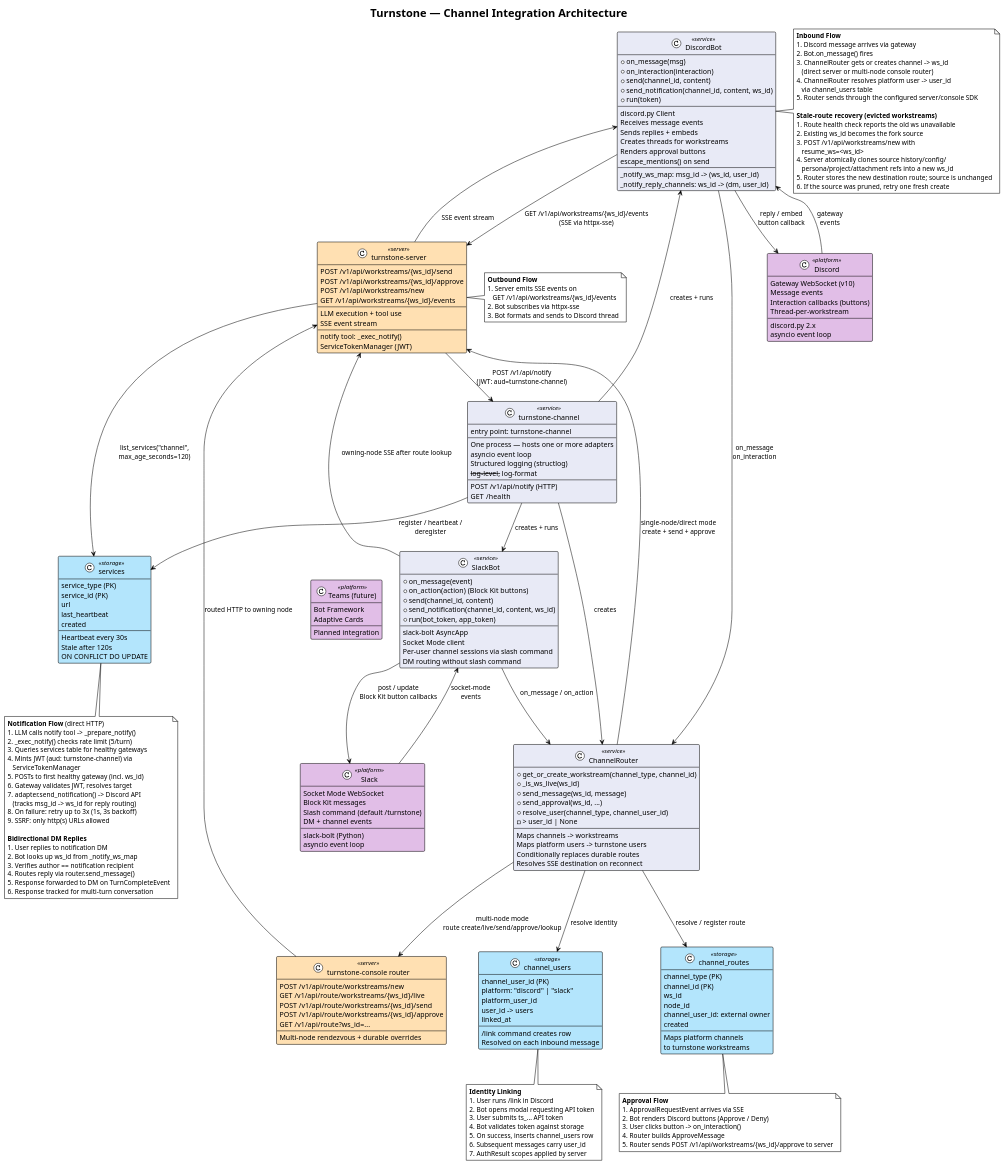
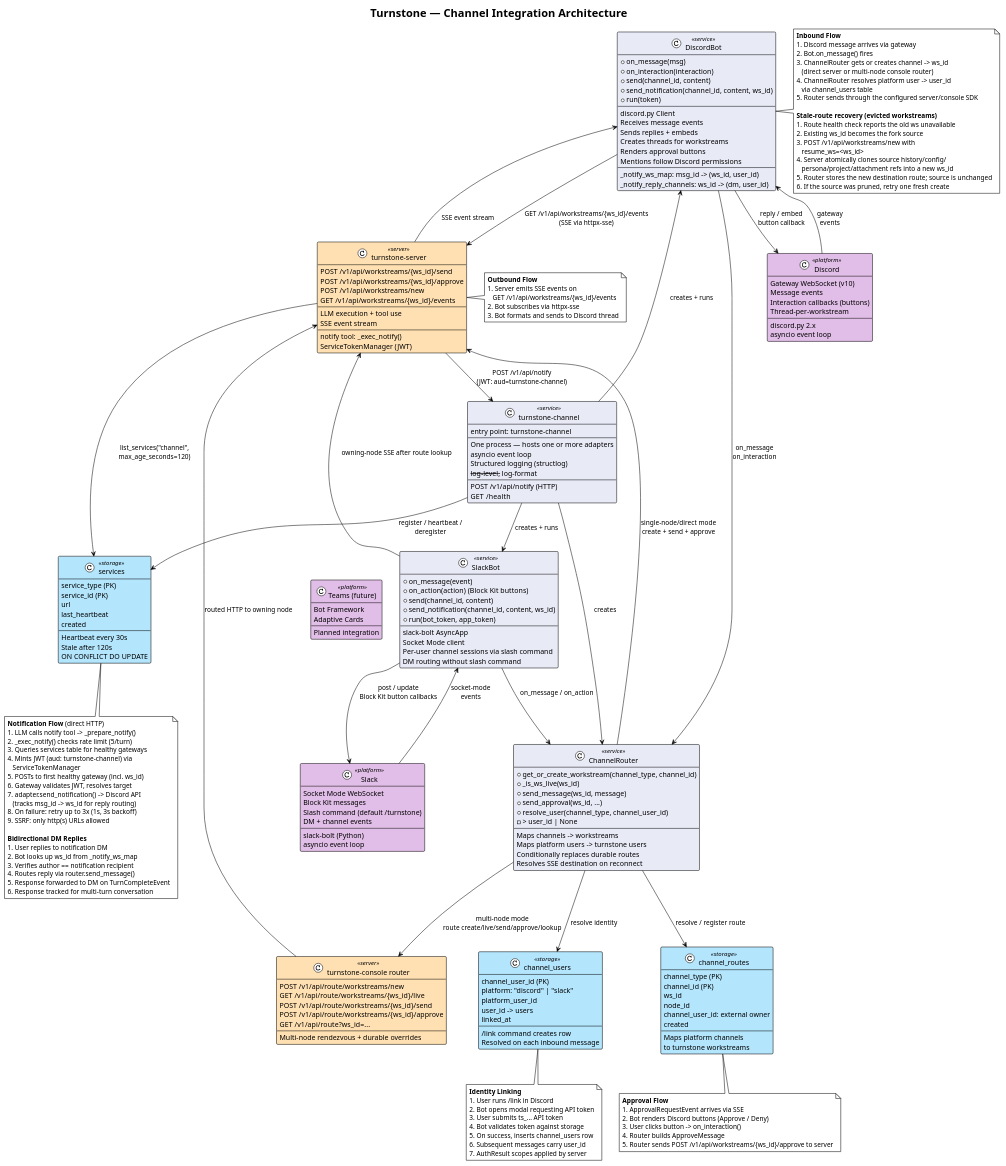
One commit to samjaninf/turnstone changed the diagram in docs/diagrams/16-channel-architecture.puml. Above: the diagram before and after it, drawn with PlantUML. The commit also changed 8 other files, not shown here.

```diff
--- a/docs/diagrams/16-channel-architecture.puml
+++ b/docs/diagrams/16-channel-architecture.puml
@@ -75,7 +75,7 @@
     Sends replies + embeds
     Creates threads for workstreams
     Renders approval buttons
-    escape_mentions() on send
+    Mentions follow Discord permissions
     --
     _notify_ws_map: msg_id -> (ws_id, user_id)
     _notify_reply_channels: ws_id -> (dm, user_id)
```
